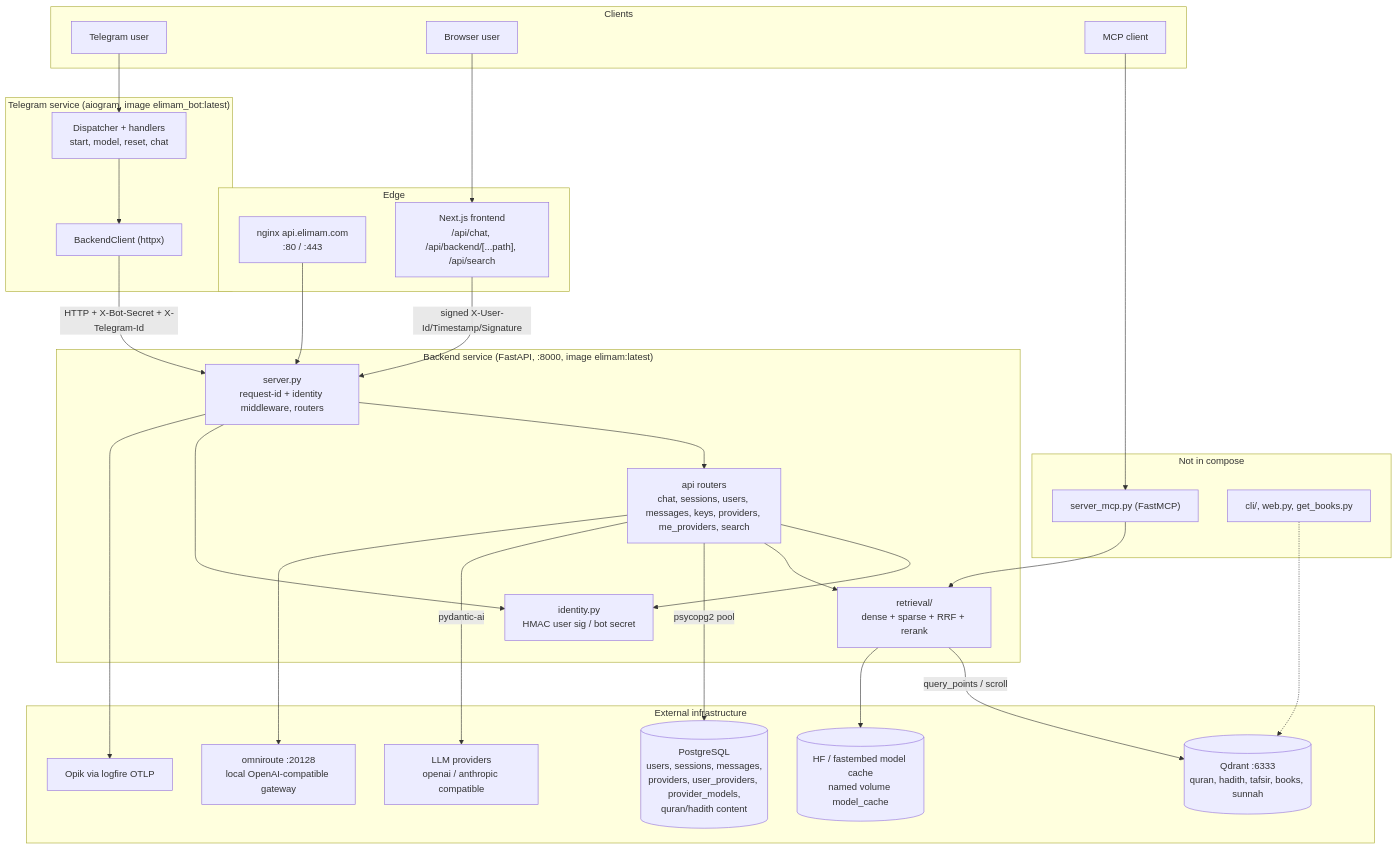
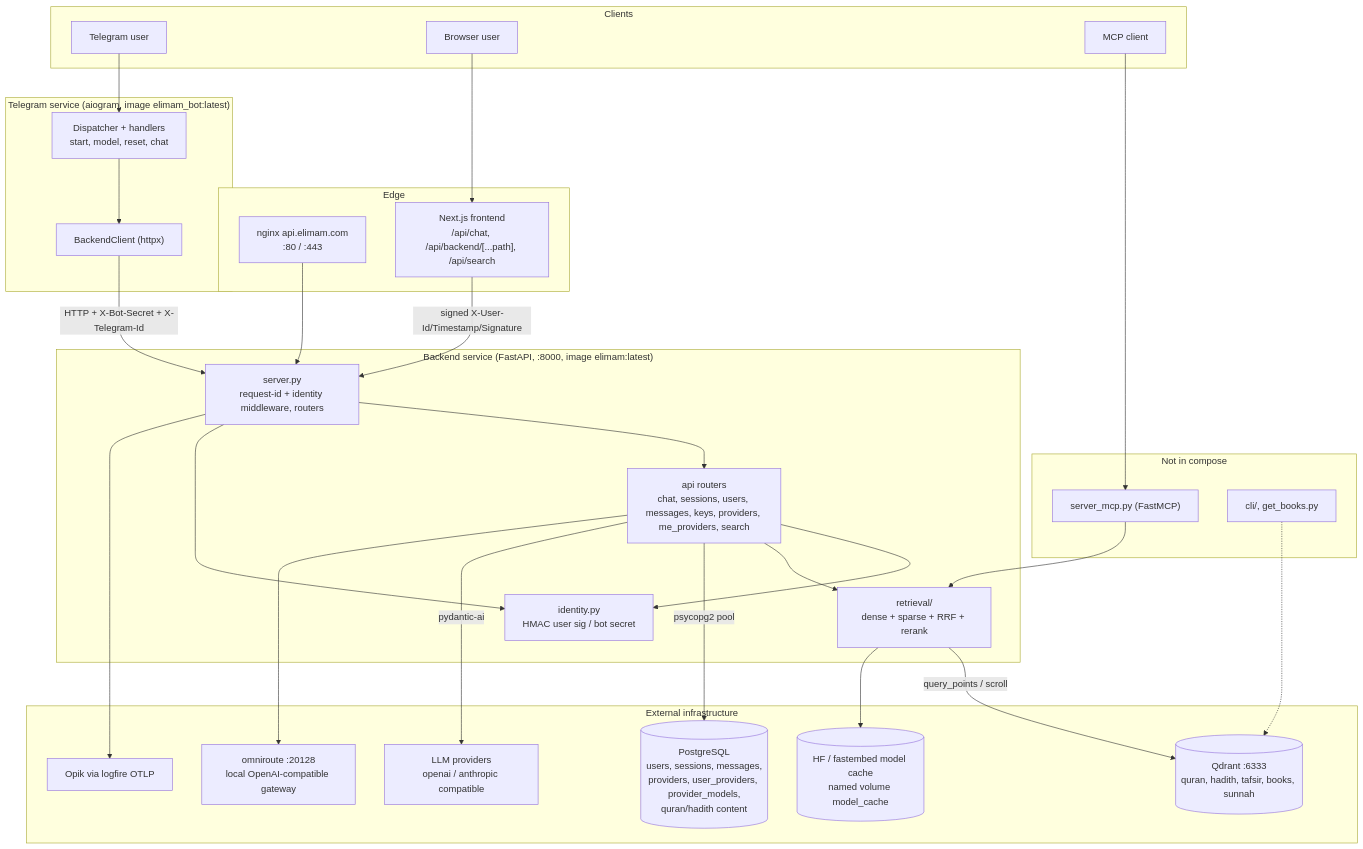
One commit to SHANKER4K/elimam changed the diagram in diagrams/01-system-architecture.md. Above: the diagram before and after it, drawn with Mermaid. The commit also changed 22 other files, not shown here.

````diff
--- a/diagrams/01-system-architecture.md
+++ b/diagrams/01-system-architecture.md
@@ -5,58 +5,58 @@
 ```mermaid
 flowchart TB
   subgraph clients["Clients"]
     TGU["Telegram user"]
     BR["Browser user"]
     MCPC["MCP client"]
   end
 
   subgraph edge["Edge"]
     NGX["nginx api.elimam.com<br/>:80 / :443"]
     NEXT["Next.js frontend<br/>/api/chat, /api/backend/[...path], /api/search"]
   end
 
   subgraph app["Backend service (FastAPI, :8000, image elimam:latest)"]
     SRV["server.py<br/>request-id + identity middleware, routers"]
     RW["api routers<br/>chat, sessions, users, messages, keys, providers, me_providers, search"]
     IDN["identity.py<br/>HMAC user sig / bot secret"]
     SRCH["retrieval/<br/>dense + sparse + RRF + rerank"]
   end
 
   subgraph bot["Telegram service (aiogram, image elimam_bot:latest)"]
     AGR["Dispatcher + handlers<br/>start, model, reset, chat"]
     BE["BackendClient (httpx)"]
   end
 
   subgraph infra["External infrastructure"]
     PG[("PostgreSQL<br/>users, sessions, messages,<br/>providers, user_providers, provider_models,<br/>quran/hadith content")]
     QD[("Qdrant :6333<br/>quran, hadith, tafsir, books, sunnah")]
     LLM["LLM providers<br/>openai / anthropic compatible"]
     OMN["omniroute :20128<br/>local OpenAI-compatible gateway"]
     HF[("HF / fastembed model cache<br/>named volume model_cache")]
     OPIK["Opik via logfire OTLP"]
   end
 
   subgraph legacy["Not in compose"]
     MCP["server_mcp.py (FastMCP)"]
-    CLI["cli/, web.py, get_books.py"]
+    CLI["cli/, get_books.py"]
   end
 
   TGU --> AGR --> BE
   BE -->|"HTTP + X-Bot-Secret + X-Telegram-Id"| SRV
   BR --> NEXT
   NEXT -->|"signed X-User-Id/Timestamp/Signature"| SRV
   NGX --> SRV
   MCPC --> MCP --> SRCH
 
   SRV --> RW
   SRV --> IDN
   RW --> IDN
   RW --> SRCH
   RW -->|"psycopg2 pool"| PG
   SRCH -->|"query_points / scroll"| QD
   SRCH --> HF
   RW -->|"pydantic-ai"| LLM
   RW --> OMN
   SRV --> OPIK
   CLI -.-> QD
 ```
````
